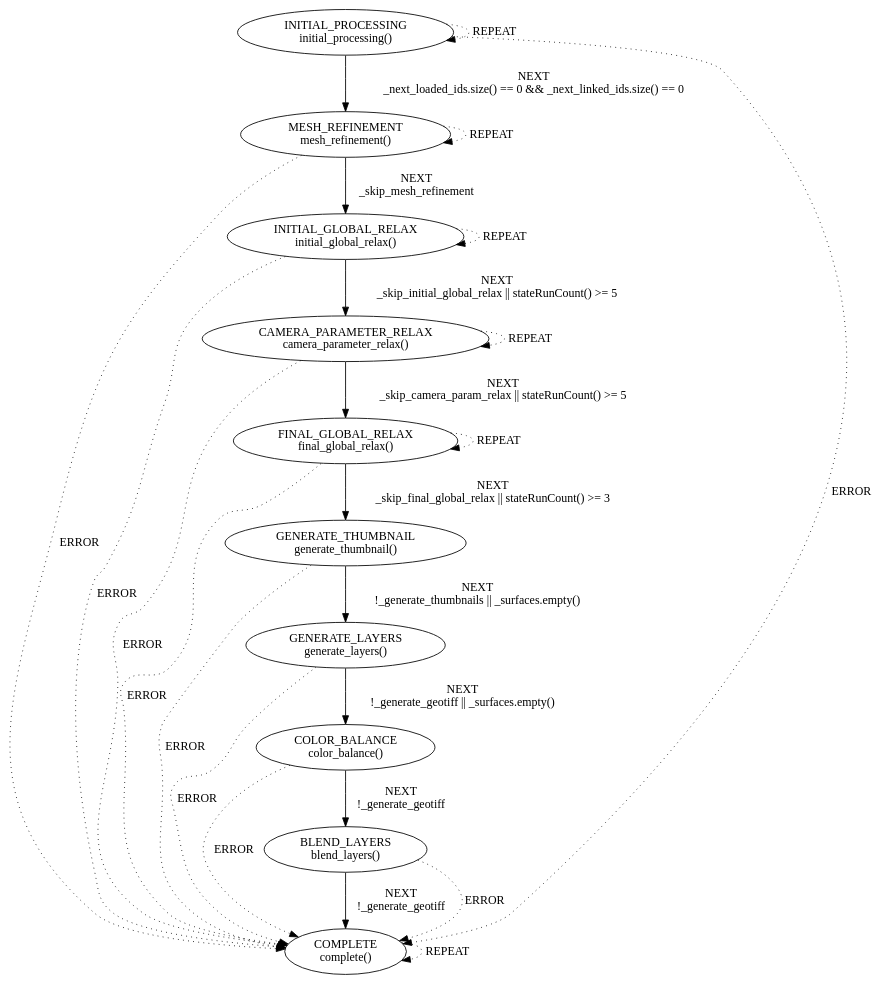
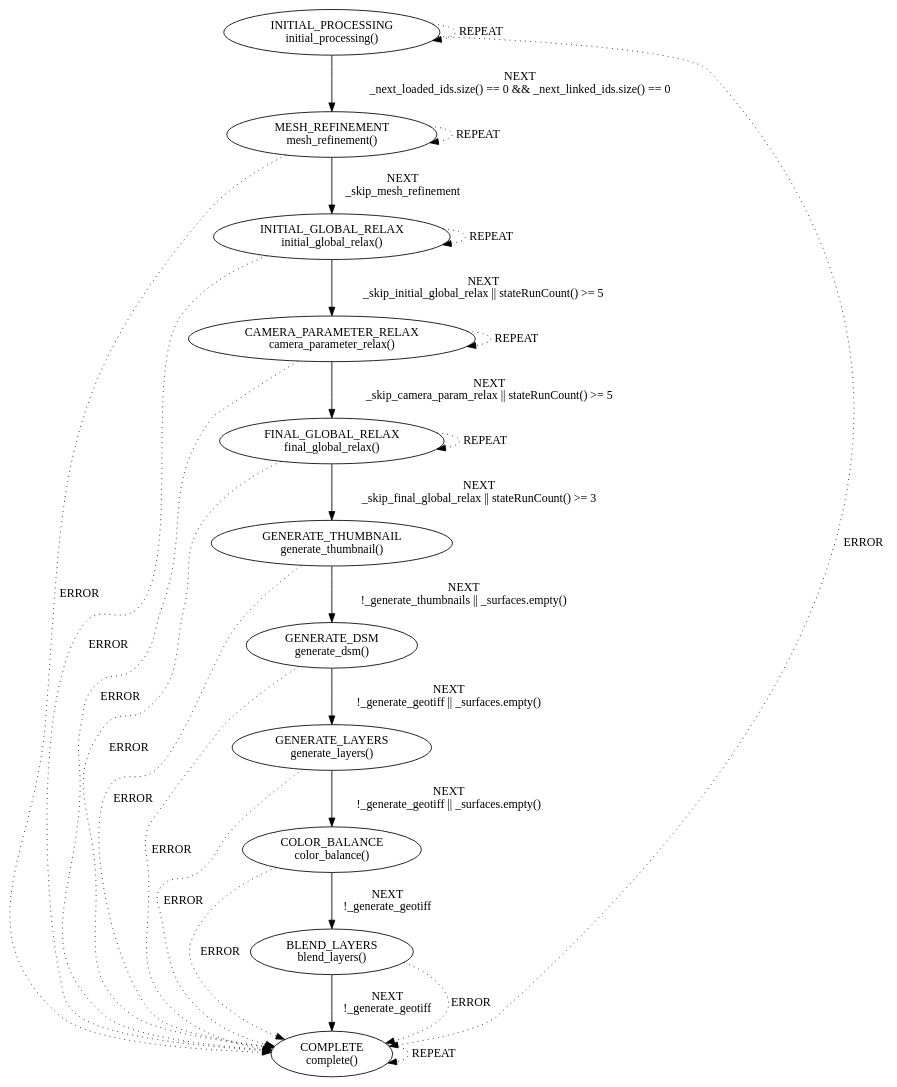
The diagram in src/pipeline/pipeline.cpp.dot (jkflying/opencalibration), drawn with Graphviz before and after one commit. The commit also changed 8 other files, not shown here.

```diff
--- a/src/pipeline/pipeline.cpp.dot
+++ b/src/pipeline/pipeline.cpp.dot
@@ -1,26 +1,28 @@
 digraph {
     "INITIAL_PROCESSING\ninitial_processing()" -> "MESH_REFINEMENT\nmesh_refinement()" [label="NEXT\n_next_loaded_ids.size() == 0 && _next_linked_ids.size() == 0", style="solid", weight=1]
     "INITIAL_PROCESSING\ninitial_processing()" -> "COMPLETE\ncomplete()" [label="ERROR", style="dotted", weight=0.1]
     "MESH_REFINEMENT\nmesh_refinement()" -> "INITIAL_GLOBAL_RELAX\ninitial_global_relax()" [label="NEXT\n_skip_mesh_refinement", style="solid", weight=1]
     "MESH_REFINEMENT\nmesh_refinement()" -> "COMPLETE\ncomplete()" [label="ERROR", style="dotted", weight=0.1]
     "INITIAL_GLOBAL_RELAX\ninitial_global_relax()" -> "CAMERA_PARAMETER_RELAX\ncamera_parameter_relax()" [label="NEXT\n_skip_initial_global_relax || stateRunCount() >= 5", style="solid", weight=1]
     "INITIAL_GLOBAL_RELAX\ninitial_global_relax()" -> "COMPLETE\ncomplete()" [label="ERROR", style="dotted", weight=0.1]
     "CAMERA_PARAMETER_RELAX\ncamera_parameter_relax()" -> "FINAL_GLOBAL_RELAX\nfinal_global_relax()" [label="NEXT\n_skip_camera_param_relax || stateRunCount() >= 5", style="solid", weight=1]
     "CAMERA_PARAMETER_RELAX\ncamera_parameter_relax()" -> "COMPLETE\ncomplete()" [label="ERROR", style="dotted", weight=0.1]
     "FINAL_GLOBAL_RELAX\nfinal_global_relax()" -> "GENERATE_THUMBNAIL\ngenerate_thumbnail()" [label="NEXT\n_skip_final_global_relax || stateRunCount() >= 3", style="solid", weight=1]
     "FINAL_GLOBAL_RELAX\nfinal_global_relax()" -> "COMPLETE\ncomplete()" [label="ERROR", style="dotted", weight=0.1]
-    "GENERATE_THUMBNAIL\ngenerate_thumbnail()" -> "GENERATE_LAYERS\ngenerate_layers()" [label="NEXT\n!_generate_thumbnails || _surfaces.empty()", style="solid", weight=1]
+    "GENERATE_THUMBNAIL\ngenerate_thumbnail()" -> "GENERATE_DSM\ngenerate_dsm()" [label="NEXT\n!_generate_thumbnails || _surfaces.empty()", style="solid", weight=1]
     "GENERATE_THUMBNAIL\ngenerate_thumbnail()" -> "COMPLETE\ncomplete()" [label="ERROR", style="dotted", weight=0.1]
+    "GENERATE_DSM\ngenerate_dsm()" -> "GENERATE_LAYERS\ngenerate_layers()" [label="NEXT\n!_generate_geotiff || _surfaces.empty()", style="solid", weight=1]
+    "GENERATE_DSM\ngenerate_dsm()" -> "COMPLETE\ncomplete()" [label="ERROR", style="dotted", weight=0.1]
     "GENERATE_LAYERS\ngenerate_layers()" -> "COLOR_BALANCE\ncolor_balance()" [label="NEXT\n!_generate_geotiff || _surfaces.empty()", style="solid", weight=1]
     "GENERATE_LAYERS\ngenerate_layers()" -> "COMPLETE\ncomplete()" [label="ERROR", style="dotted", weight=0.1]
     "COLOR_BALANCE\ncolor_balance()" -> "BLEND_LAYERS\nblend_layers()" [label="NEXT\n!_generate_geotiff", style="solid", weight=1]
     "COLOR_BALANCE\ncolor_balance()" -> "COMPLETE\ncomplete()" [label="ERROR", style="dotted", weight=0.1]
     "BLEND_LAYERS\nblend_layers()" -> "COMPLETE\ncomplete()" [label="NEXT\n!_generate_geotiff", style="solid", weight=1]
     "BLEND_LAYERS\nblend_layers()" -> "COMPLETE\ncomplete()" [label="ERROR", style="dotted", weight=0.1]
     "INITIAL_PROCESSING\ninitial_processing()" -> "INITIAL_PROCESSING\ninitial_processing()" [label="REPEAT", style="dotted", weight=0.1]
     "INITIAL_GLOBAL_RELAX\ninitial_global_relax()" -> "INITIAL_GLOBAL_RELAX\ninitial_global_relax()" [label="REPEAT", style="dotted", weight=0.1]
     "CAMERA_PARAMETER_RELAX\ncamera_parameter_relax()" -> "CAMERA_PARAMETER_RELAX\ncamera_parameter_relax()" [label="REPEAT", style="dotted", weight=0.1]
     "FINAL_GLOBAL_RELAX\nfinal_global_relax()" -> "FINAL_GLOBAL_RELAX\nfinal_global_relax()" [label="REPEAT", style="dotted", weight=0.1]
     "MESH_REFINEMENT\nmesh_refinement()" -> "MESH_REFINEMENT\nmesh_refinement()" [label="REPEAT", style="dotted", weight=0.1]
     "COMPLETE\ncomplete()" -> "COMPLETE\ncomplete()" [label="REPEAT", style="dotted", weight=0.1]
 }
```
